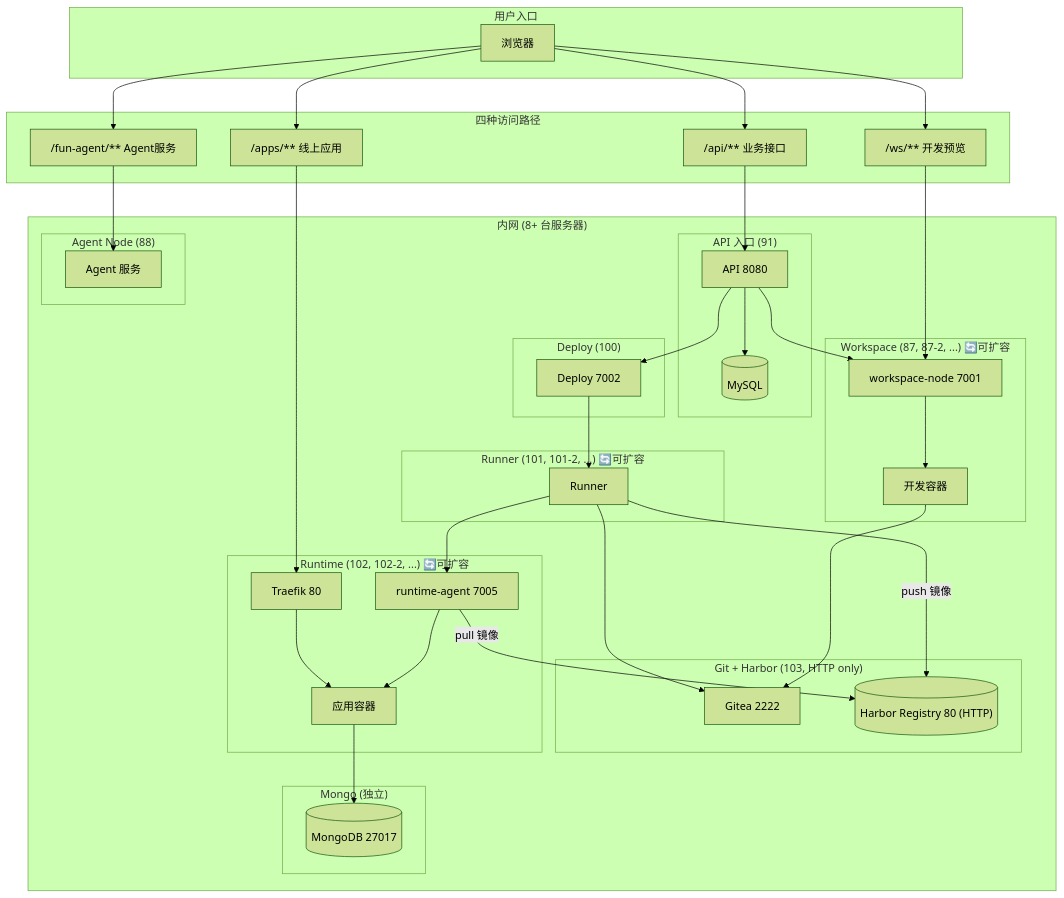
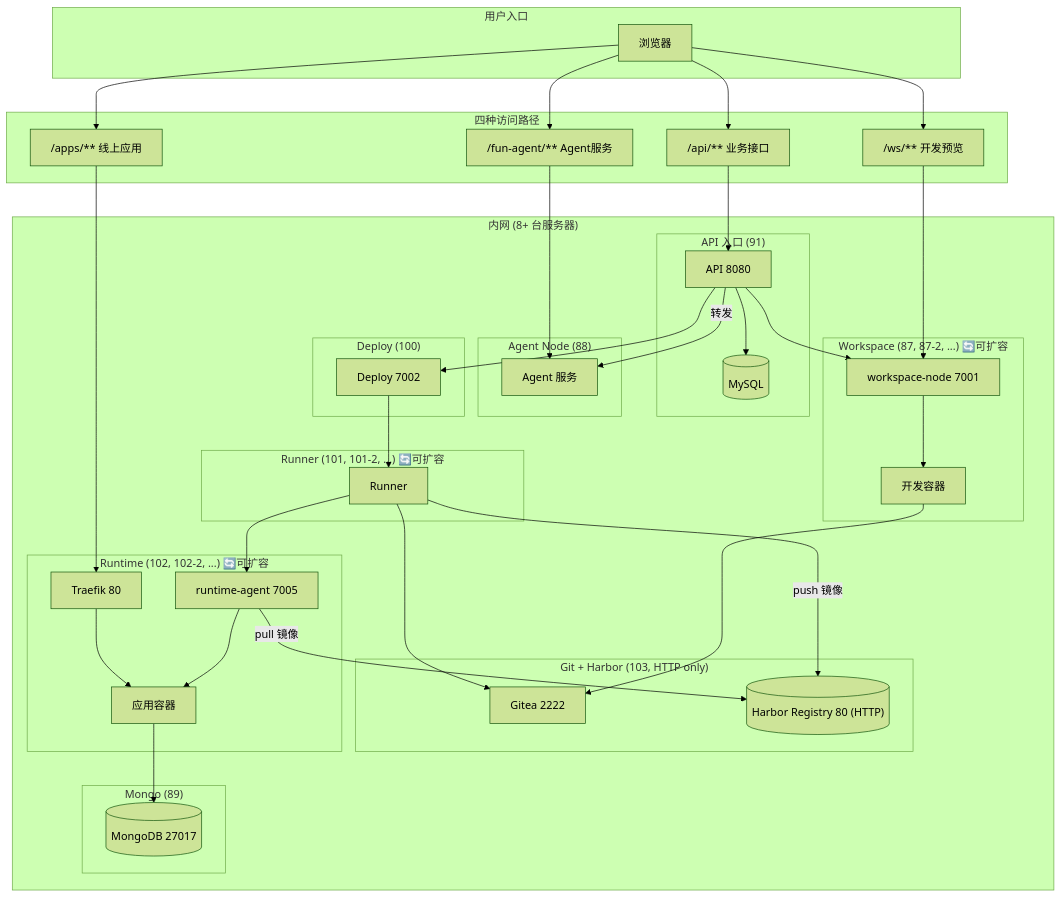
The first of 4 diagrams in src/main/resources/doc/domains/architecture/README.md (ruiAndroid/fun-ai-studio-api), drawn with Mermaid (forest theme) before and after one commit. The commit also changed other lines of this file, not shown here.

````diff
--- a/src/main/resources/doc/domains/architecture/README.md
+++ b/src/main/resources/doc/domains/architecture/README.md
@@ -31,72 +31,73 @@
 ```mermaid
 flowchart TB
     subgraph User["用户入口"]
         Browser["浏览器"]
     end
 
     subgraph Routes["四种访问路径"]
         R1["/api/** 业务接口"]
         R2["/ws/** 开发预览"]
         R3["/apps/** 线上应用"]
         R4["/fun-agent/** Agent服务"]
     end
 
     subgraph Infra["内网 (8+ 台服务器)"]
         subgraph S91["API 入口 (91)"]
             API["API 8080"]
             MySQL[("MySQL")]
         end
 
         subgraph S88["Agent Node (88)"]
             AgentService["Agent 服务"]
         end
 
         subgraph S87["Workspace (87, 87-2, ...) 🔄可扩容"]
             WsNode["workspace-node 7001"]
             WsCtn["开发容器"]
         end
 
         subgraph S100["Deploy (100)"]
             Deploy["Deploy 7002"]
         end
 
         subgraph S101["Runner (101, 101-2, ...) 🔄可扩容"]
             Runner["Runner"]
         end
 
     subgraph S103["Git + Harbor (103, HTTP only)"]
             Gitea["Gitea 2222"]
             Harbor[("Harbor Registry 80 (HTTP)")]
         end
 
         subgraph S102["Runtime (102, 102-2, ...) 🔄可扩容"]
             Agent["runtime-agent 7005"]
             Traefik["Traefik 80"]
             AppCtn["应用容器"]
         end
 
-        subgraph SMongo["Mongo (独立)"]
+        subgraph S89["Mongo (89)"]
             MongoDB[("MongoDB 27017")]
         end
     end
 
     Browser --> R1 & R2 & R3 & R4
     R1 --> API
     R2 --> WsNode --> WsCtn
     R3 --> Traefik --> AppCtn
     R4 --> AgentService
 
     API --> MySQL
+    API -->|转发| AgentService
     API --> WsNode
     API --> Deploy
 
     Deploy --> Runner
     Runner --> Gitea
     Runner -->|push 镜像| Harbor
     Runner --> Agent
     Agent -->|pull 镜像| Harbor
     Agent --> AppCtn
     AppCtn --> MongoDB
 
     WsCtn --> Gitea
 ```
````
